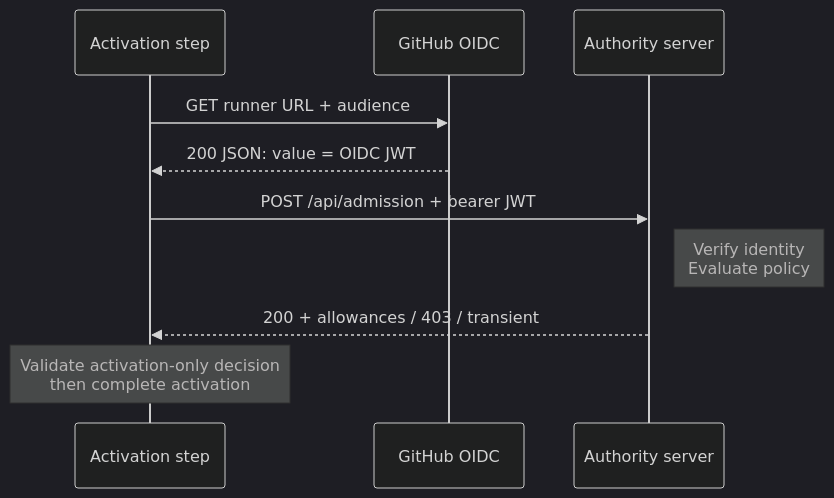
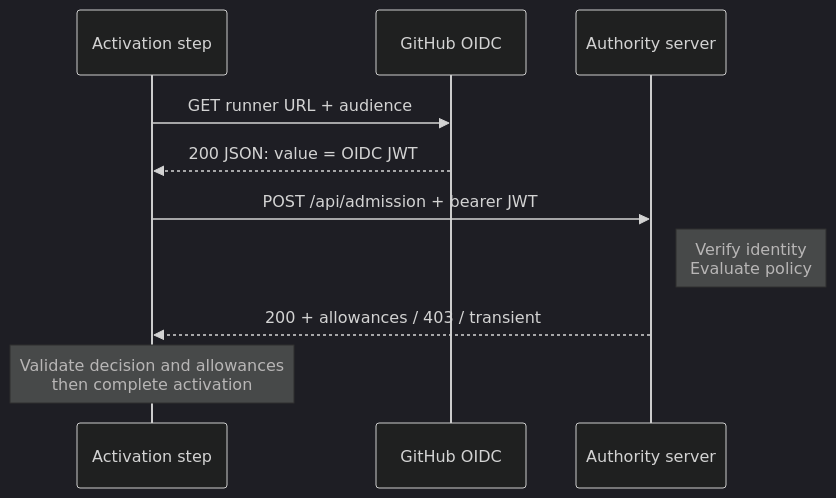
One commit to githubnext/gh-aw changed the second of 5 diagrams in docs/src/content/docs/specs/admission-service-specification.md. Above: the diagram before and after it, drawn with Mermaid (dark theme). The commit also changed other lines of this file and 358 other files, not shown here.

````diff
--- a/docs/src/content/docs/specs/admission-service-specification.md
+++ b/docs/src/content/docs/specs/admission-service-specification.md
@@ -101,13 +101,13 @@
 ```mermaid
 sequenceDiagram
     participant A as Activation step
     participant G as GitHub OIDC
     participant S as Authority server
 
     A->>G: GET runner URL + audience
     G-->>A: 200 JSON: value = OIDC JWT
     A->>S: POST /api/admission + bearer JWT
     Note right of S: Verify identity<br/>Evaluate policy
     S-->>A: 200 + allowances / 403 / transient
-    Note over A: Validate activation-only decision<br/>then complete activation
+    Note over A: Validate decision and allowances<br/>then complete activation
 ```
````
